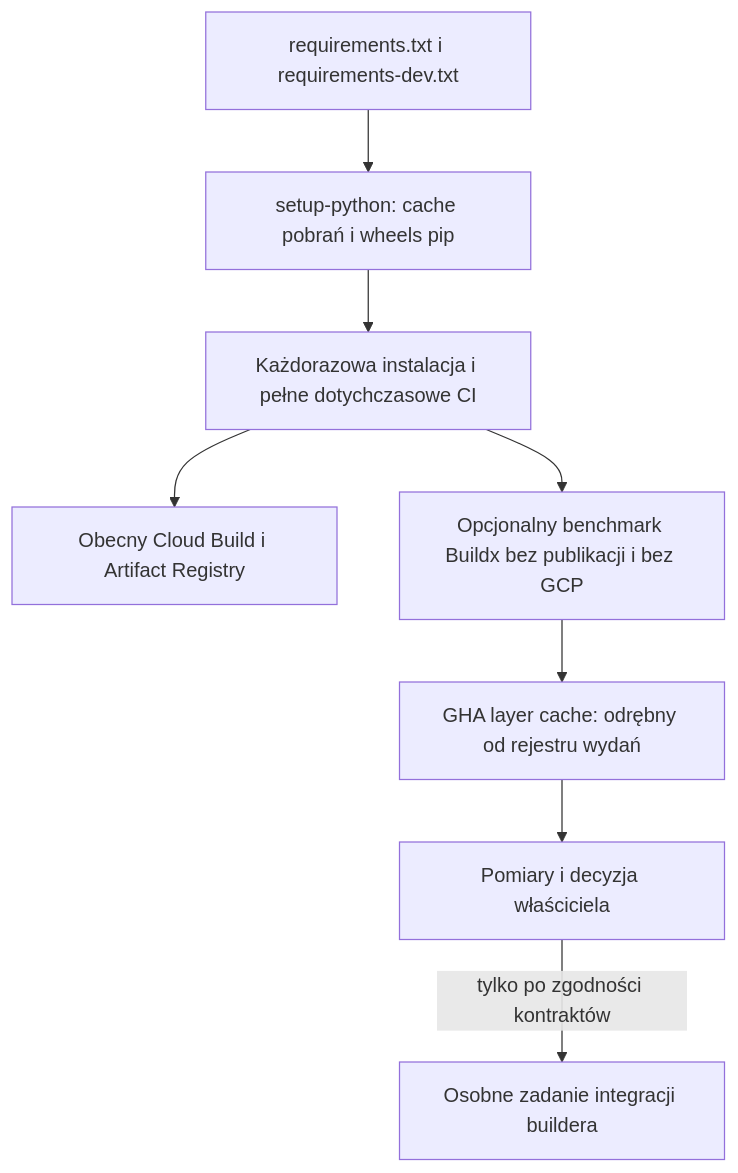
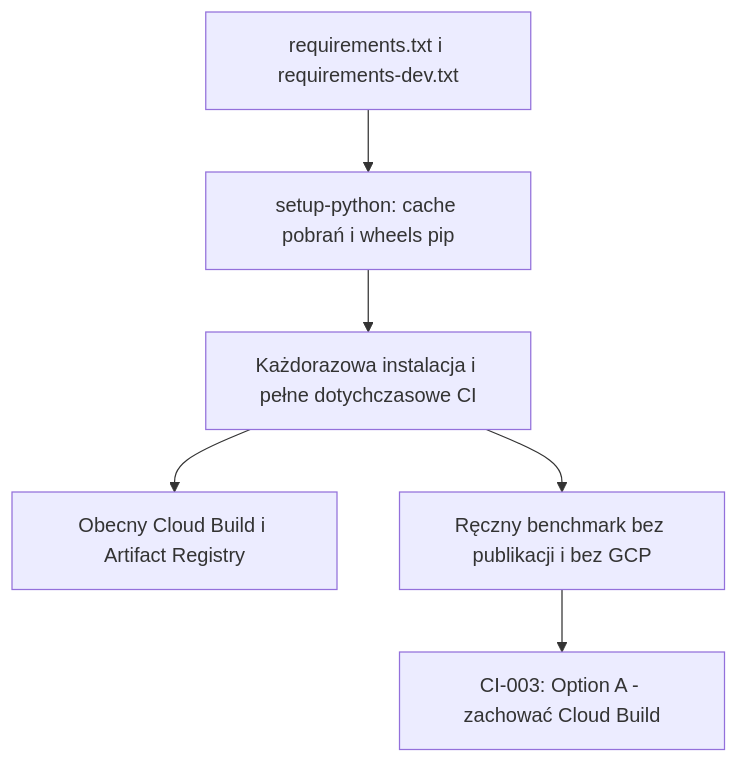
One commit to piotrbarabasz/tripse-ai-demo changed the second of 2 diagrams in docs/ARTIFACT_REGISTRY_CICD_PLAN.md. Above: the diagram before and after it, drawn with Mermaid. The commit also changed other lines of this file and 37 other files, not shown here.

````diff
--- a/docs/ARTIFACT_REGISTRY_CICD_PLAN.md
+++ b/docs/ARTIFACT_REGISTRY_CICD_PLAN.md
@@ -63,10 +70,8 @@
 ```mermaid
 flowchart TD
   R[requirements.txt i requirements-dev.txt] --> Pip[setup-python: cache pobrań i wheels pip]
   Pip --> Tests[Każdorazowa instalacja i pełne dotychczasowe CI]
   Tests --> Existing[Obecny Cloud Build i Artifact Registry]
-  Tests --> Spike[Opcjonalny benchmark Buildx bez publikacji i bez GCP]
-  Spike --> GHA[GHA layer cache: odrębny od rejestru wydań]
-  GHA --> Review[Pomiary i decyzja właściciela]
-  Review -->|tylko po zgodności kontraktów| Future[Osobne zadanie integracji buildera]
+  Tests --> Spike[Ręczny benchmark bez publikacji i bez GCP]
+  Spike --> Review[CI-003: Option A - zachować Cloud Build]
 ```
````
